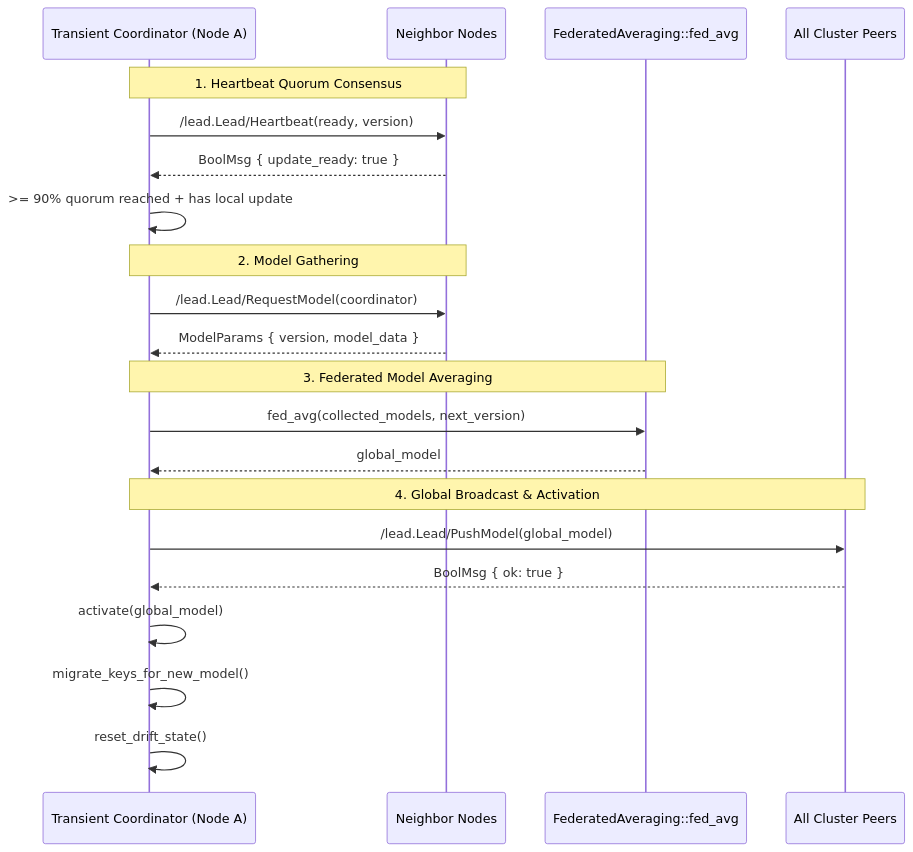
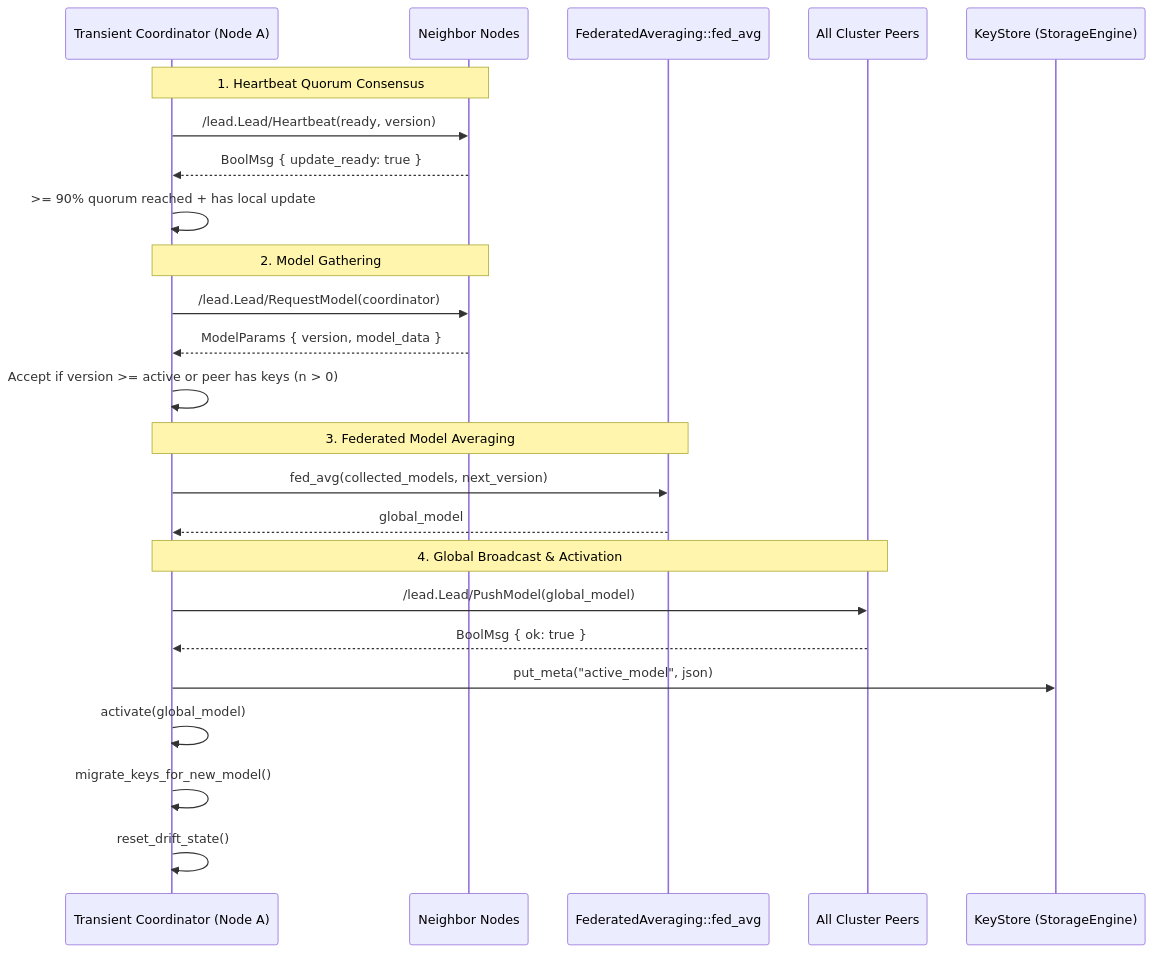
Before and after one commit to Mauragkas/thesis_grpc_lead_dga_cfd: the diagram in lead/docs/sequence-diagrams/learning-fedavg/sequence.mmd, drawn with Mermaid. The commit also changed 27 other files, not shown here.

```diff
--- a/lead/docs/sequence-diagrams/learning-fedavg/sequence.mmd
+++ b/lead/docs/sequence-diagrams/learning-fedavg/sequence.mmd
@@ -1,25 +1,28 @@
 sequenceDiagram
     participant Coord as Transient Coordinator (Node A)
     participant Neighbors as Neighbor Nodes
     participant FedAvg as FederatedAveraging::fed_avg
     participant Peers as All Cluster Peers
+    participant Storage as KeyStore (StorageEngine)
 
     Note over Coord,Neighbors: 1. Heartbeat Quorum Consensus
     Coord->>Neighbors: /lead.Lead/Heartbeat(ready, version)
     Neighbors-->>Coord: BoolMsg { update_ready: true }
     Coord->>Coord: >= 90% quorum reached + has local update
 
     Note over Coord,Neighbors: 2. Model Gathering
     Coord->>Neighbors: /lead.Lead/RequestModel(coordinator)
     Neighbors-->>Coord: ModelParams { version, model_data }
+    Coord->>Coord: Accept if version >= active or peer has keys (n > 0)
 
     Note over Coord,FedAvg: 3. Federated Model Averaging
     Coord->>FedAvg: fed_avg(collected_models, next_version)
     FedAvg-->>Coord: global_model
 
     Note over Coord,Peers: 4. Global Broadcast & Activation
     Coord->>Peers: /lead.Lead/PushModel(global_model)
     Peers-->>Coord: BoolMsg { ok: true }
+    Coord->>Storage: put_meta("active_model", json)
     Coord->>Coord: activate(global_model)
     Coord->>Coord: migrate_keys_for_new_model()
     Coord->>Coord: reset_drift_state()
```
